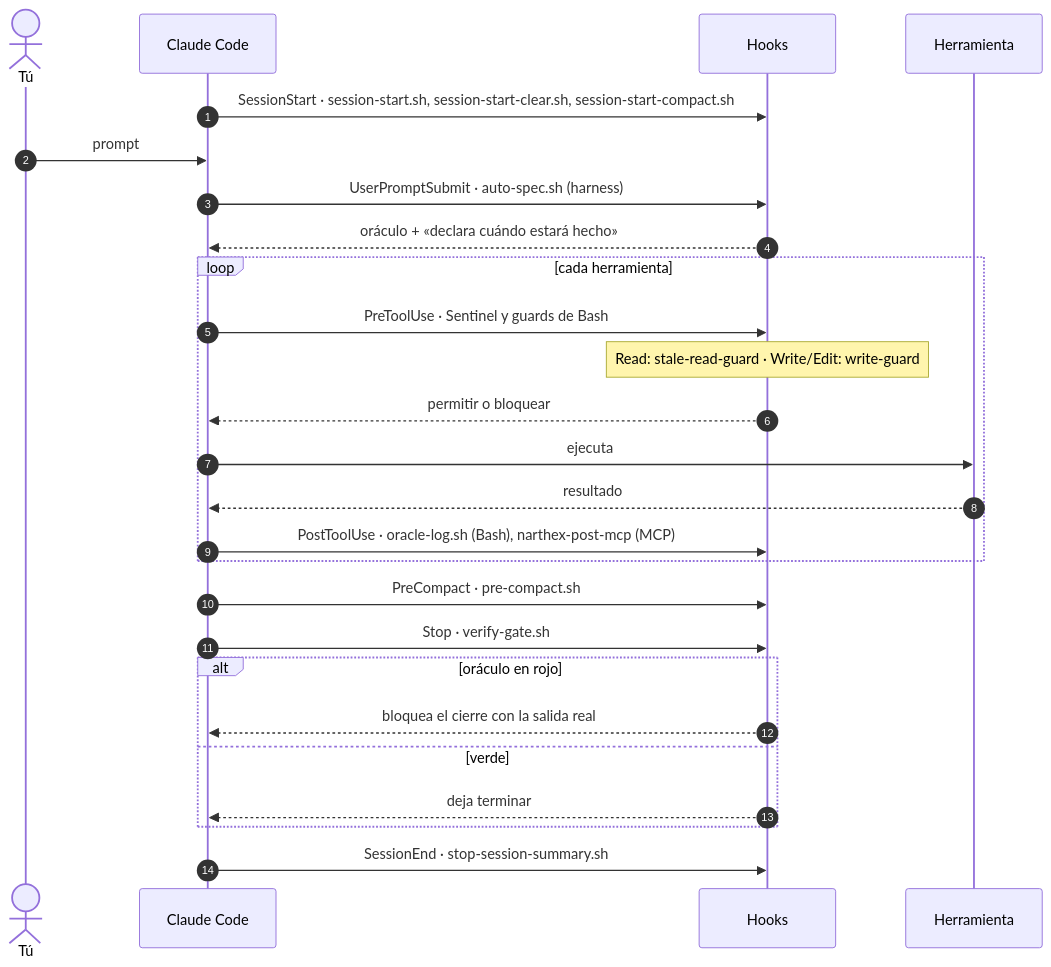
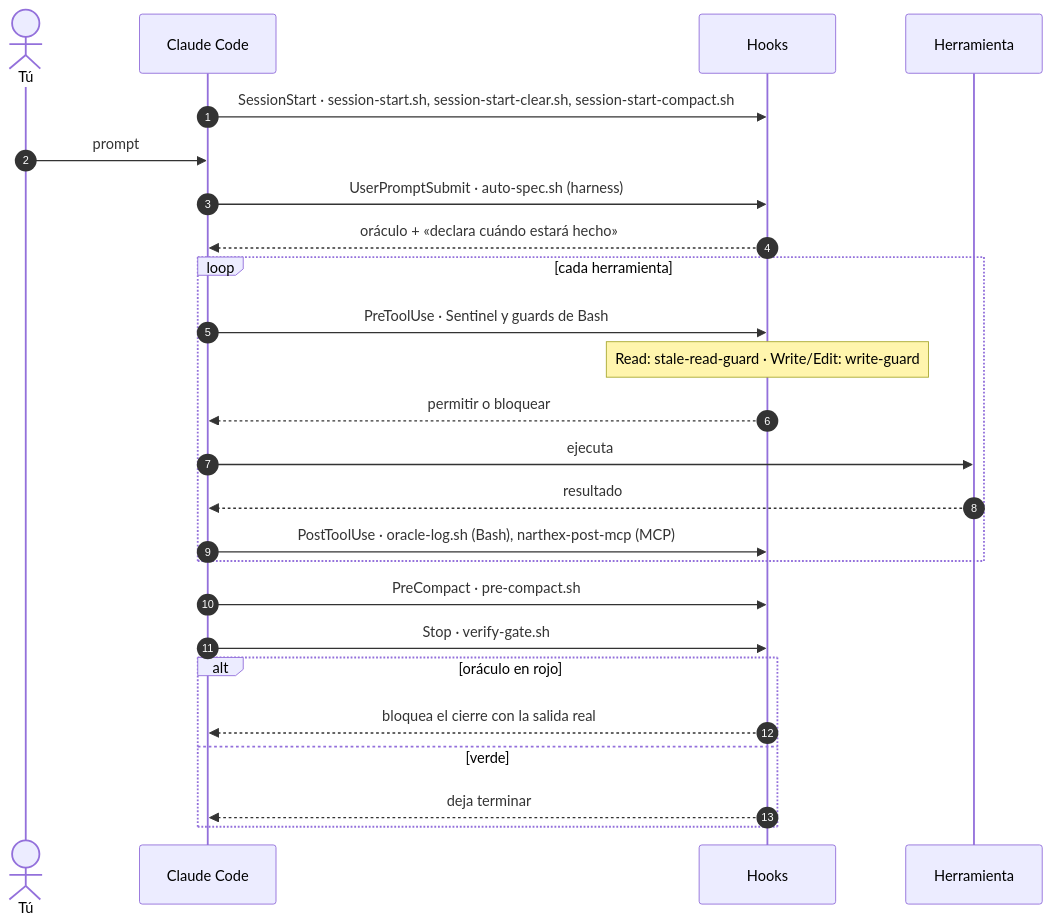
One commit to manuelcozar55/setup-claude-code changed the second of 7 diagrams in README.md. Above: the diagram before and after it, drawn with Mermaid. The commit also changed 13 other files, not shown here.

````diff
--- a/README.md
+++ b/README.md
@@ -121,29 +121,28 @@
 ```mermaid
 sequenceDiagram
     autonumber
     actor T as Tú
     participant CC as Claude Code
     participant H as Hooks
     participant X as Herramienta
 
     CC->>H: SessionStart · session-start.sh, session-start-clear.sh, session-start-compact.sh
     T->>CC: prompt
     CC->>H: UserPromptSubmit · auto-spec.sh (harness)
     H-->>CC: oráculo + «declara cuándo estará hecho»
     loop cada herramienta
         CC->>H: PreToolUse · Sentinel y guards de Bash
         Note over H: Read: stale-read-guard · Write/Edit: write-guard
         H-->>CC: permitir o bloquear
         CC->>X: ejecuta
         X-->>CC: resultado
         CC->>H: PostToolUse · oracle-log.sh (Bash), narthex-post-mcp (MCP)
     end
     CC->>H: PreCompact · pre-compact.sh
     CC->>H: Stop · verify-gate.sh
     alt oráculo en rojo
         H-->>CC: bloquea el cierre con la salida real
     else verde
         H-->>CC: deja terminar
     end
-    CC->>H: SessionEnd · stop-session-summary.sh
 ```
````
